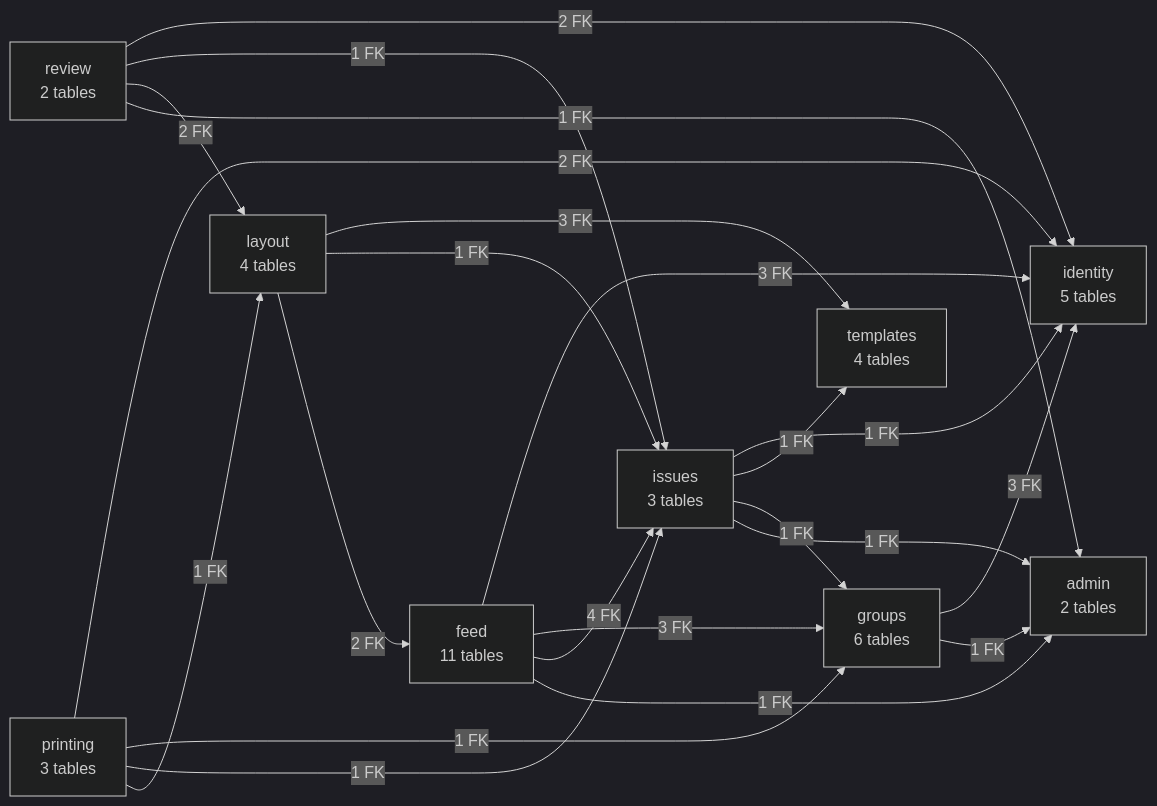
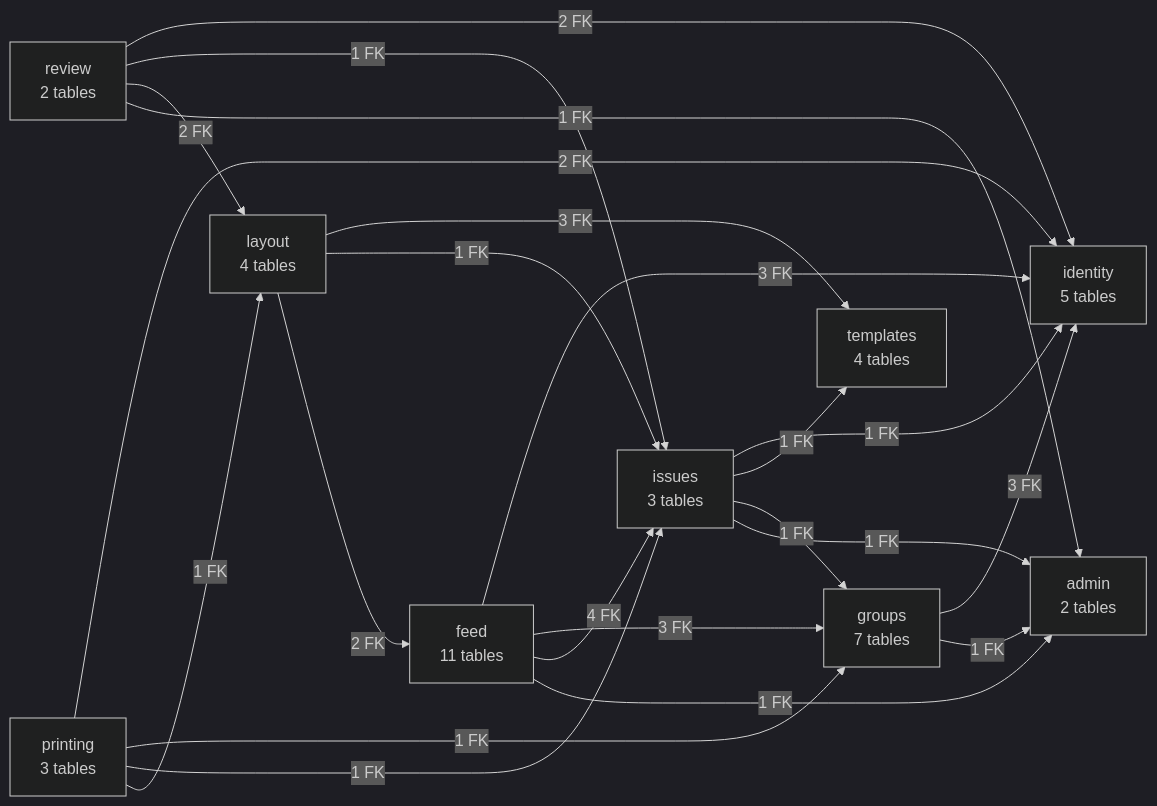
One commit to js1211-code/bogomagazine changed the first of 11 diagrams in docs/erd.md. Above: the diagram before and after it, drawn with Mermaid (dark theme). The commit also changed other lines of this file and 9 other files, not shown here.

````diff
--- a/docs/erd.md
+++ b/docs/erd.md
@@ -13,33 +13,33 @@
 ```mermaid
 flowchart LR
     identity["identity<br/>5 tables"]
     templates["templates<br/>4 tables"]
-    groups["groups<br/>6 tables"]
+    groups["groups<br/>7 tables"]
     issues["issues<br/>3 tables"]
     feed["feed<br/>11 tables"]
     layout["layout<br/>4 tables"]
     review["review<br/>2 tables"]
     printing["printing<br/>3 tables"]
     admin["admin<br/>2 tables"]
     groups -->|"3 FK"| identity
     groups -->|"1 FK"| admin
     issues -->|"1 FK"| identity
     issues -->|"1 FK"| templates
     issues -->|"1 FK"| groups
     issues -->|"1 FK"| admin
     feed -->|"3 FK"| identity
     feed -->|"3 FK"| groups
     feed -->|"4 FK"| issues
     feed -->|"1 FK"| admin
     layout -->|"3 FK"| templates
     layout -->|"1 FK"| issues
     layout -->|"2 FK"| feed
     review -->|"2 FK"| identity
     review -->|"1 FK"| issues
     review -->|"2 FK"| layout
     review -->|"1 FK"| admin
     printing -->|"2 FK"| identity
     printing -->|"1 FK"| groups
     printing -->|"1 FK"| issues
     printing -->|"1 FK"| layout
 ```
````
